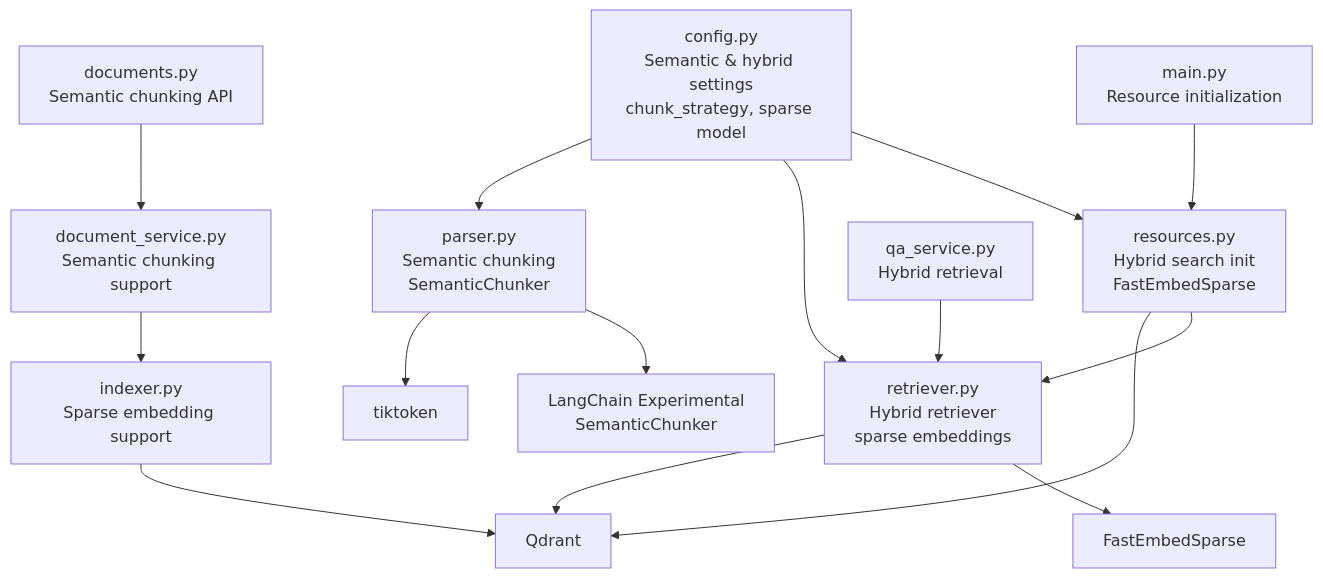
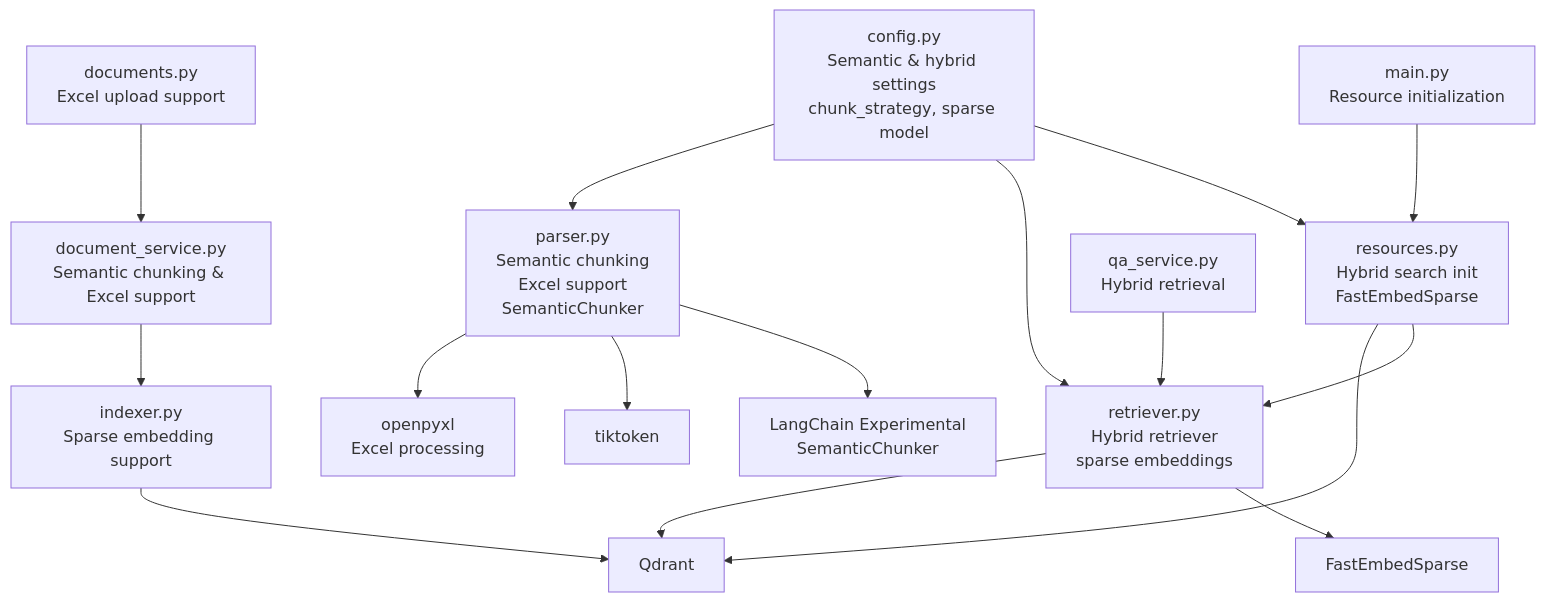
Before and after one commit to ognelis/cafetera_hr_bot: diagram 14 of 14 in .qoder/repowiki/en/content/RAG Integration/RAG Parser Enhancement.md, drawn with Mermaid. The commit also changed other lines of this file and 9 other files, not shown here.

````diff
--- a/.qoder/repowiki/en/content/RAG Integration/RAG Parser Enhancement.md
+++ b/.qoder/repowiki/en/content/RAG Integration/RAG Parser Enhancement.md
@@ -473,17 +566,18 @@
 ```mermaid
 graph TB
 CFG["config.py<br/>Semantic & hybrid settings<br/>chunk_strategy, sparse model"] --> RES["resources.py<br/>Hybrid search init<br/>FastEmbedSparse"]
 CFG --> RET["retriever.py<br/>Hybrid retriever<br/>sparse embeddings"]
-CFG --> PARSE["parser.py<br/>Semantic chunking<br/>SemanticChunker"]
+CFG --> PARSE["parser.py<br/>Semantic chunking<br/>Excel support<br/>SemanticChunker"]
 RES --> RET
 RES --> QDRANT["Qdrant"]
 PARSE --> LC["LangChain Experimental<br/>SemanticChunker"]
 PARSE --> TIKTOKEN["tiktoken"]
+PARSE --> OPENPYXL["openpyxl<br/>Excel processing"]
 RET --> FE["FastEmbedSparse"]
 RET --> QDRANT
 INDEXER["indexer.py<br/>Sparse embedding support"] --> QDRANT
-SERVICE["document_service.py<br/>Semantic chunking support"] --> INDEXER
-API["documents.py<br/>Semantic chunking API"] --> SERVICE
+SERVICE["document_service.py<br/>Semantic chunking & Excel support"] --> INDEXER
+API["documents.py<br/>Excel upload support"] --> SERVICE
 QA["qa_service.py<br/>Hybrid retrieval"] --> RET
 MAIN["main.py<br/>Resource initialization"] --> RES
 ```
````
